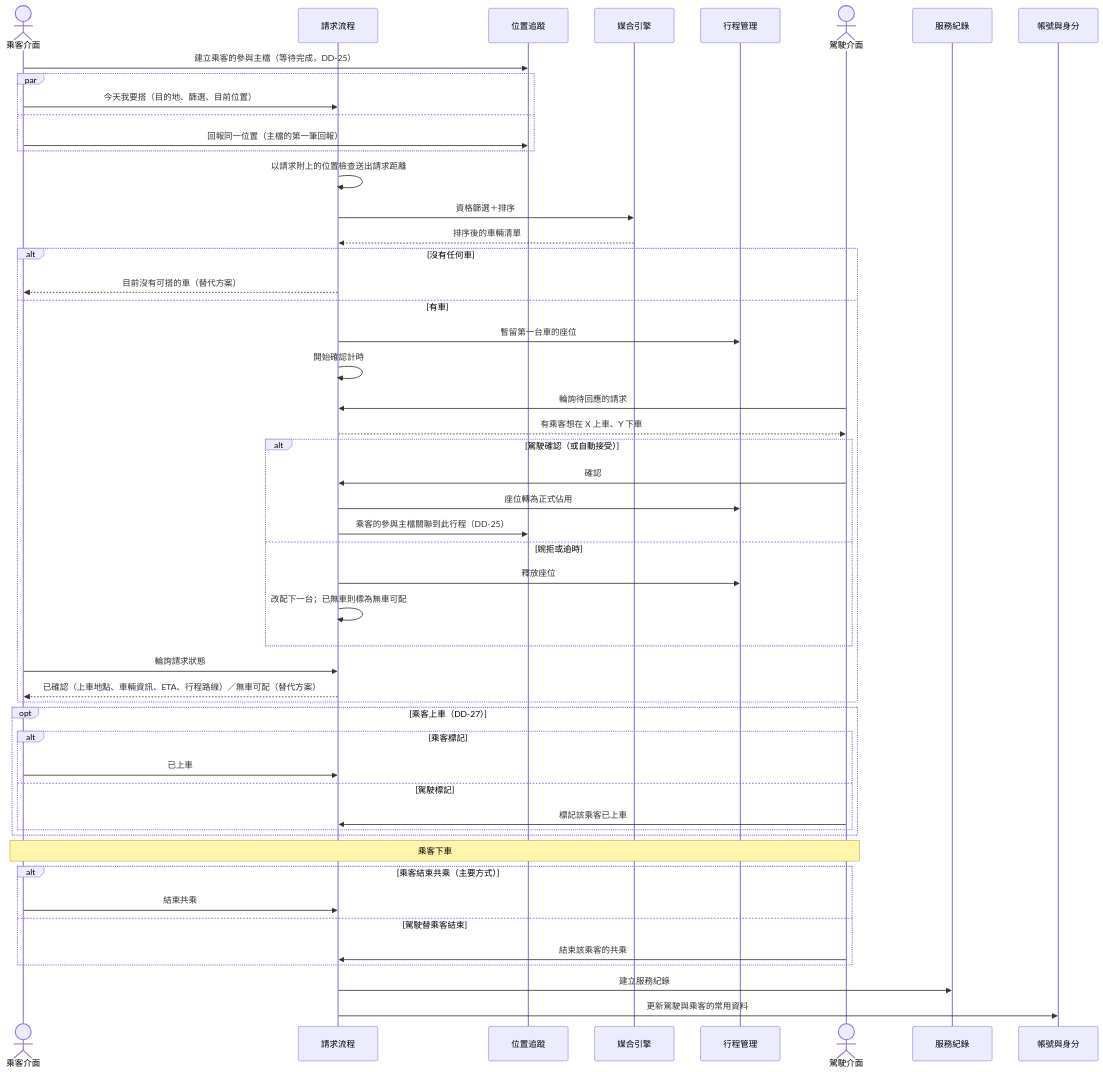
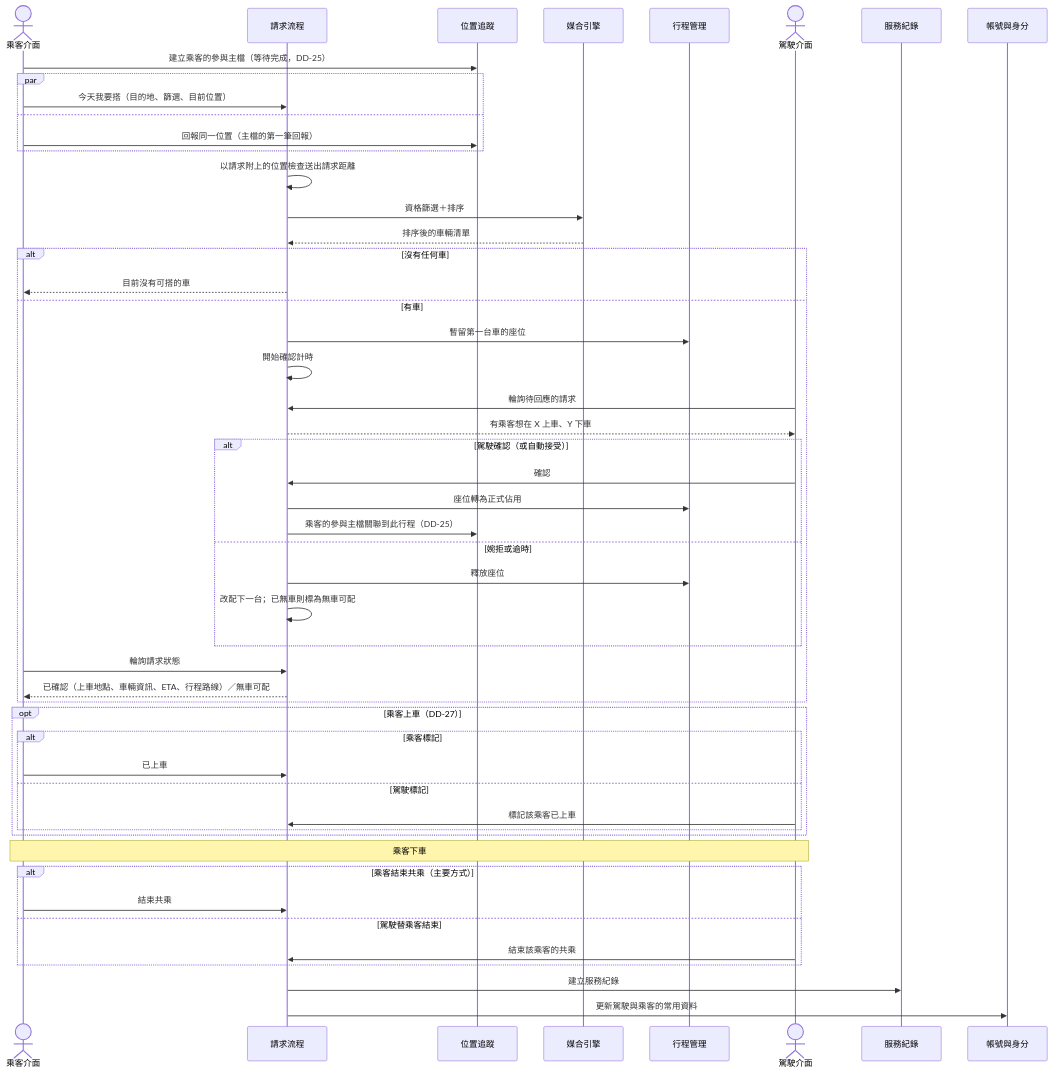
One commit to sohoffice/debugthon-carpool changed diagram 13 of 13 in docs/design.md. Above: the diagram before and after it, drawn with Mermaid. The commit also changed other lines of this file, not shown here.

````diff
--- a/docs/design.md
+++ b/docs/design.md
@@ -1067,54 +1068,54 @@
 ```mermaid
 sequenceDiagram
     actor P as 乘客介面
     participant RQ as 請求流程
     participant TRK as 位置追蹤
     participant MAT as 媒合引擎
     participant TRIP as 行程管理
     actor D as 駕駛介面
     participant REC as 服務紀錄
     participant ACC as 帳號與身分
 
     P->>TRK: 建立乘客的參與主檔（等待完成，DD-25）
     par
         P->>RQ: 今天我要搭（目的地、篩選、目前位置）
     and
         P->>TRK: 回報同一位置（主檔的第一筆回報）
     end
     RQ->>RQ: 以請求附上的位置檢查送出請求距離
     RQ->>MAT: 資格篩選＋排序
     MAT-->>RQ: 排序後的車輛清單
     alt 沒有任何車
-        RQ-->>P: 目前沒有可搭的車（替代方案）
+        RQ-->>P: 目前沒有可搭的車
     else 有車
         RQ->>TRIP: 暫留第一台車的座位
         RQ->>RQ: 開始確認計時
         D->>RQ: 輪詢待回應的請求
         RQ-->>D: 有乘客想在 X 上車、Y 下車
         alt 駕駛確認（或自動接受）
             D->>RQ: 確認
             RQ->>TRIP: 座位轉為正式佔用
             RQ->>TRK: 乘客的參與主檔關聯到此行程（DD-25）
         else 婉拒或逾時
             RQ->>TRIP: 釋放座位
             RQ->>RQ: 改配下一台；已無車則標為無車可配
         end
         P->>RQ: 輪詢請求狀態
-        RQ-->>P: 已確認（上車地點、車輛資訊、ETA、行程路線）／無車可配（替代方案）
+        RQ-->>P: 已確認（上車地點、車輛資訊、ETA、行程路線）／無車可配
     end
     opt 乘客上車（DD-27）
         alt 乘客標記
             P->>RQ: 已上車
         else 駕駛標記
             D->>RQ: 標記該乘客已上車
         end
     end
     Note over P,D: 乘客下車
     alt 乘客結束共乘（主要方式）
         P->>RQ: 結束共乘
     else 駕駛替乘客結束
         D->>RQ: 結束該乘客的共乘
     end
     RQ->>REC: 建立服務紀錄
     RQ->>ACC: 更新駕駛與乘客的常用資料
 ```
````
